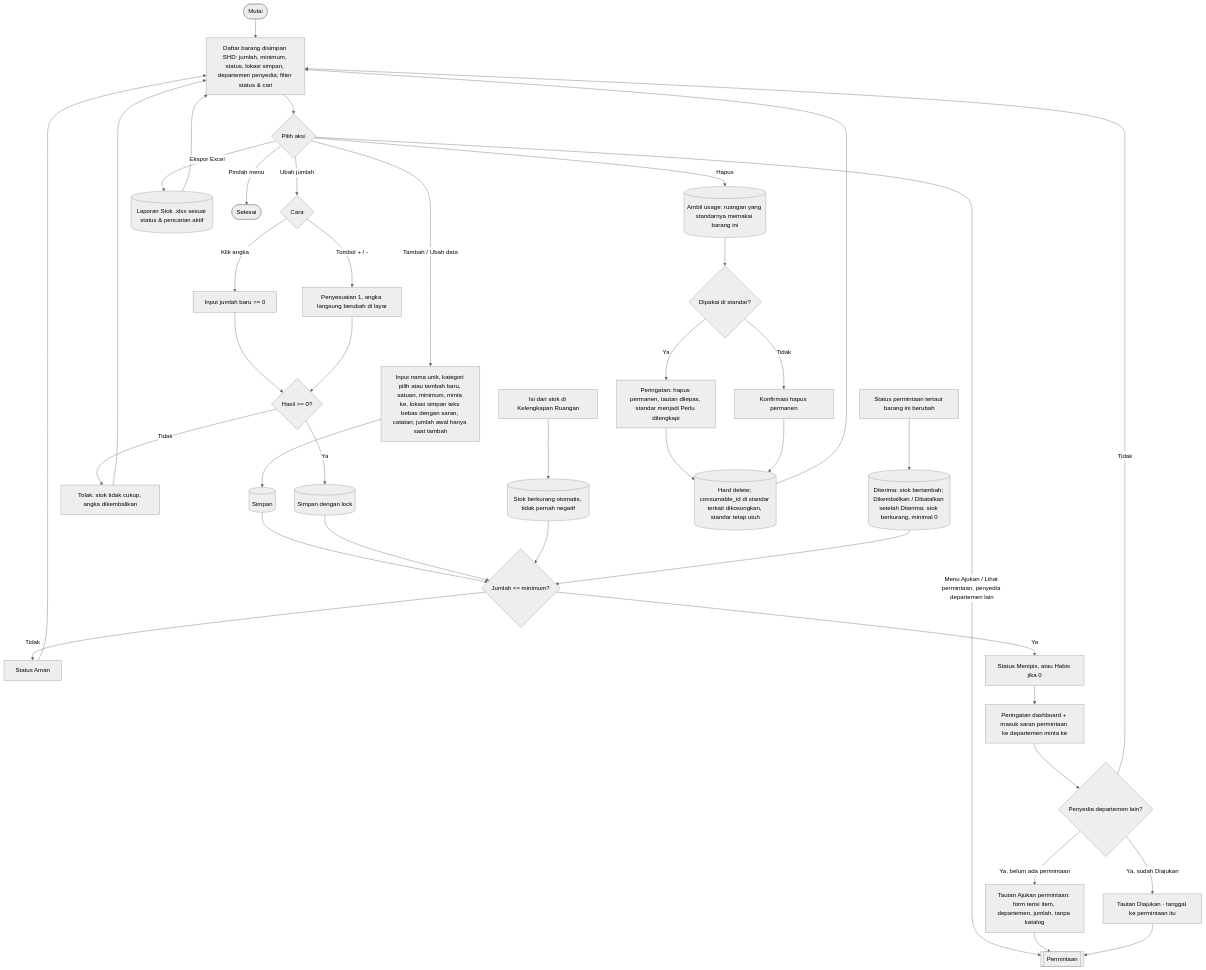
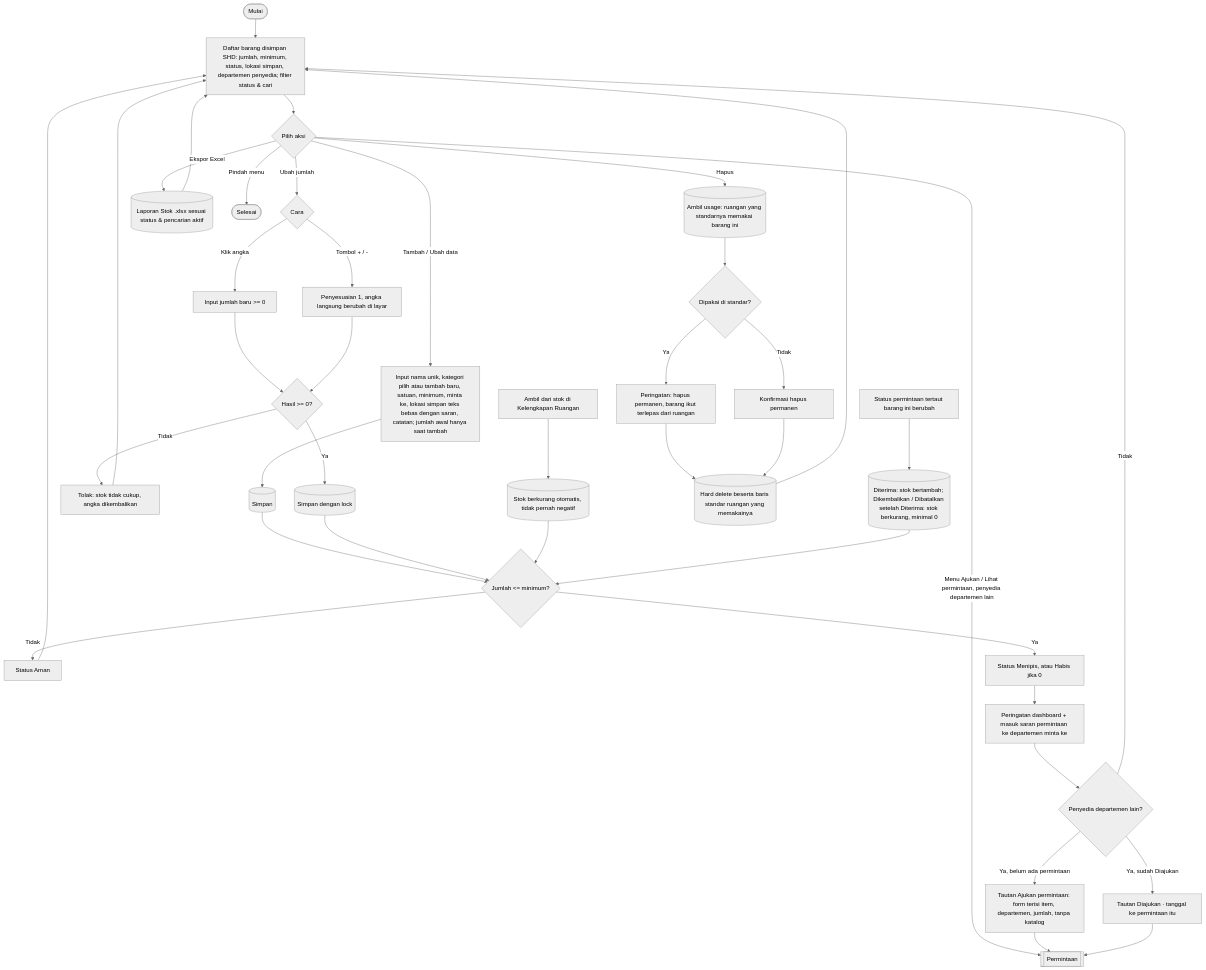
One commit to mrizqihidayat/system-tracking-asset changed the eighth of 9 diagrams in docs/flowchart.md. Above: the diagram before and after it, drawn with Mermaid (neutral theme). The commit also changed other lines of this file and 86 other files, not shown here.

First line of the commit message:
T26u: jenis aset satu tingkat dan kelengkapan ruangan dua bagian

````diff
--- a/docs/flowchart.md
+++ b/docs/flowchart.md
@@ -292,35 +287,35 @@
 ```mermaid
 flowchart TD
     A([Mulai]) --> B[Daftar barang disimpan SHD: jumlah, minimum, status, lokasi simpan, departemen penyedia; filter status & cari]
     B --> C{Pilih aksi}
 
     C -- Tambah / Ubah data --> T1[Input nama unik, kategori pilih atau tambah baru, satuan, minimum, minta ke, lokasi simpan teks bebas dengan saran, catatan; jumlah awal hanya saat tambah] --> T2[(Simpan)] --> CEK
 
     C -- Ubah jumlah --> J0{Cara}
     J0 -- Klik angka --> J1[Input jumlah baru >= 0]
     J0 -- Tombol + / - --> J2[Penyesuaian 1, angka langsung berubah di layar]
     J1 & J2 --> J3{Hasil >= 0?}
     J3 -- Tidak --> J4[Tolak: stok tidak cukup, angka dikembalikan] --> B
     J3 -- Ya --> J5[(Simpan dengan lock)] --> CEK
 
-    R0[Isi dari stok di Kelengkapan Ruangan] --> R1[(Stok berkurang otomatis, tidak pernah negatif)] --> CEK
+    R0[Ambil dari stok di Kelengkapan Ruangan] --> R1[(Stok berkurang otomatis, tidak pernah negatif)] --> CEK
     R2[Status permintaan tertaut barang ini berubah] --> R3[(Diterima: stok bertambah; Dikembalikan / Dibatalkan setelah Diterima: stok berkurang, minimal 0)] --> CEK
 
     C -- Hapus --> H0[(Ambil usage: ruangan yang standarnya memakai barang ini)]
     H0 --> H1{Dipakai di standar?}
-    H1 -- Ya --> H2[Peringatan: hapus permanen, tautan dilepas, standar menjadi Perlu dilengkapi]
+    H1 -- Ya --> H2[Peringatan: hapus permanen, barang ikut terlepas dari ruangan]
     H1 -- Tidak --> H3[Konfirmasi hapus permanen]
-    H2 & H3 --> H4[(Hard delete; consumable_id di standar terkait dikosongkan, standar tetap utuh)] --> B
+    H2 & H3 --> H4[(Hard delete beserta baris standar ruangan yang memakainya)] --> B
 
     C -- Menu Ajukan / Lihat permintaan, penyedia departemen lain --> S6a[[Permintaan]]
 
     C -- Ekspor Excel --> X1[(Laporan Stok .xlsx sesuai status & pencarian aktif)] --> B
     C -- Pindah menu --> Z([Selesai])
 
     CEK{Jumlah <= minimum?}
     CEK -- Tidak --> S1[Status Aman] --> B
     CEK -- Ya --> S2[Status Menipis, atau Habis jika 0] --> S3[Peringatan dashboard + masuk saran permintaan ke departemen minta ke] --> S4{Penyedia departemen lain?}
     S4 -- Tidak --> B
     S4 -- Ya, belum ada permintaan --> S5a[Tautan Ajukan permintaan: form terisi item, departemen, jumlah, tanpa katalog] --> S6a
     S4 -- Ya, sudah Diajukan --> S7a[Tautan Diajukan · tanggal ke permintaan itu] --> S6a
 ```
````
